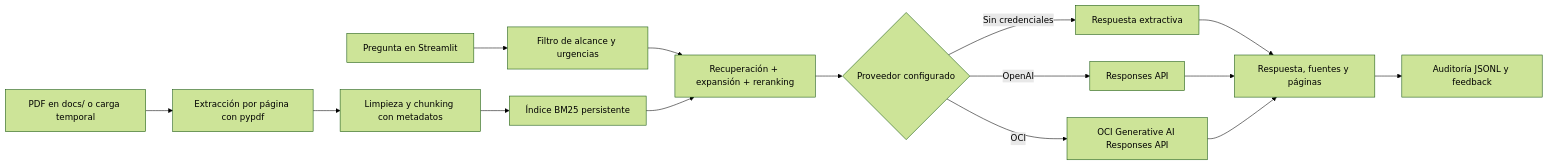
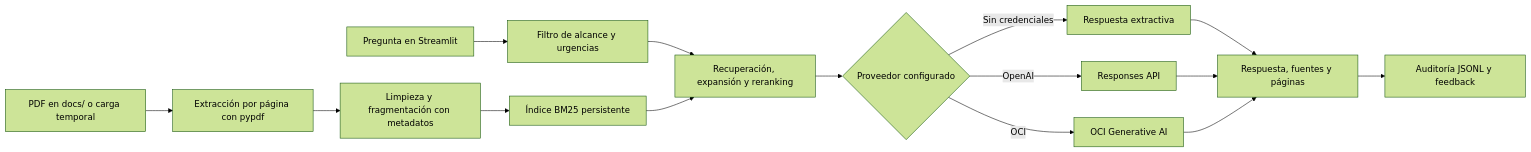
Before and after one commit to EmiEscudero/Challenge_AluraAgente-AAMIA: the diagram in README.md, drawn with Mermaid (forest theme). The commit also changed other lines of this file and 4 other files, not shown here.

````diff
--- a/README.md
+++ b/README.md
@@ -59,17 +60,17 @@
 ```mermaid
 flowchart LR
     A["PDF en docs/ o carga temporal"] --> B["Extracción por página con pypdf"]
-    B --> C["Limpieza y chunking con metadatos"]
+    B --> C["Limpieza y fragmentación con metadatos"]
     C --> D["Índice BM25 persistente"]
     Q["Pregunta en Streamlit"] --> S["Filtro de alcance y urgencias"]
-    S --> R["Recuperación + expansión + reranking"]
+    S --> R["Recuperación, expansión y reranking"]
     D --> R
     R --> G{"Proveedor configurado"}
     G -->|Sin credenciales| E["Respuesta extractiva"]
     G -->|OpenAI| O["Responses API"]
-    G -->|OCI| I["OCI Generative AI Responses API"]
+    G -->|OCI| I["OCI Generative AI"]
     E --> U["Respuesta, fuentes y páginas"]
     O --> U
     I --> U
     U --> L["Auditoría JSONL y feedback"]
 ```
````
